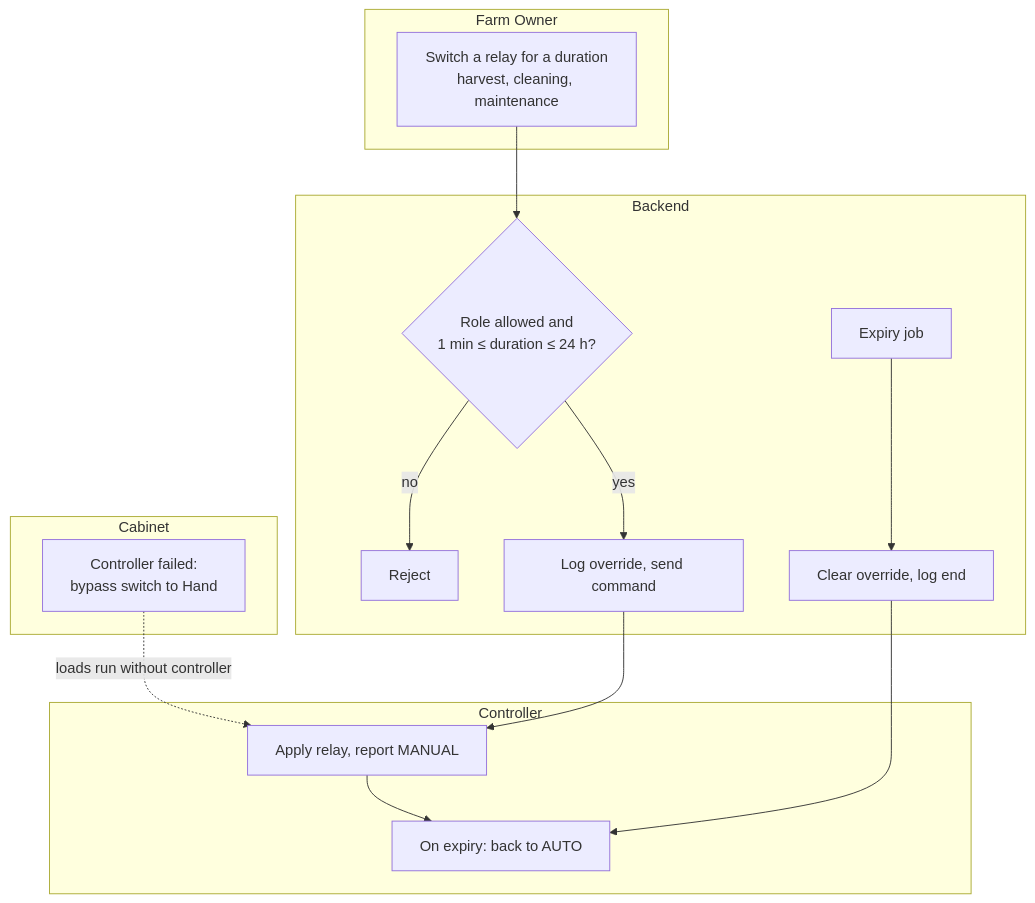
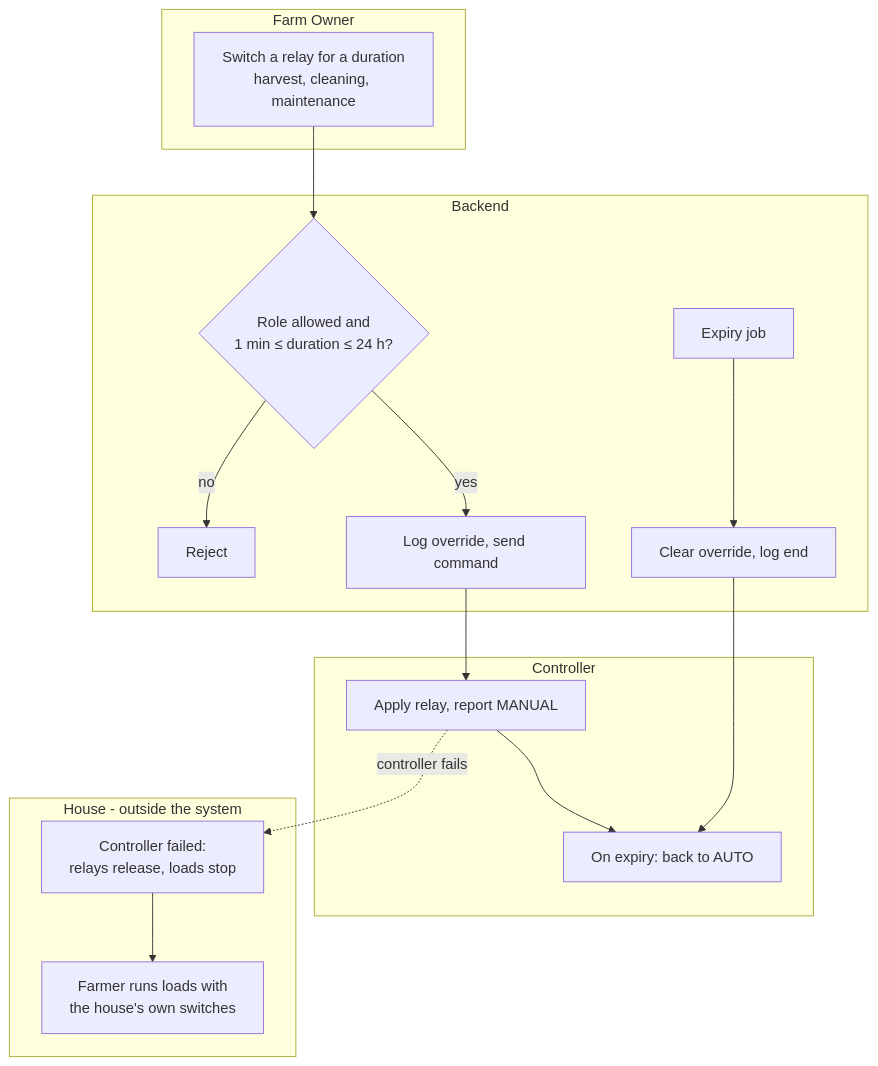
Diagram 29 of 35 in docs/reports/report4-sdd.md (NBao261/SwiftletCare_KLTN), drawn with Mermaid before and after one commit. The commit also changed other lines of this file and 7 other files, not shown here.

First line of the commit message:
docs(srs): drop the bypass switches for the borrowed test house

````diff
--- a/docs/reports/report4-sdd.md
+++ b/docs/reports/report4-sdd.md
@@ -1116,21 +1114,21 @@
 ```mermaid
 flowchart TB
   subgraph O[Farm Owner]
     O1[Switch a relay for a duration<br/>harvest, cleaning, maintenance]
   end
   subgraph B[Backend]
     B1{Role allowed and<br/>1 min ≤ duration ≤ 24 h?} -- no --> B2[Reject]
     B1 -- yes --> B3[Log override, send command]
     B4[Expiry job] --> B5[Clear override, log end]
   end
   subgraph C[Controller]
     C1[Apply relay, report MANUAL] --> C2[On expiry: back to AUTO]
   end
-  subgraph H[Cabinet]
-    H1[Controller failed:<br/>bypass switch to Hand]
+  subgraph H[House - outside the system]
+    H1[Controller failed:<br/>relays release, loads stop] --> H2[Farmer runs loads with<br/>the house's own switches]
   end
   O1 --> B1
   B3 --> C1
   B5 --> C2
-  H1 -. loads run without controller .-> C1
+  C1 -. controller fails .-> H1
 ```
````
